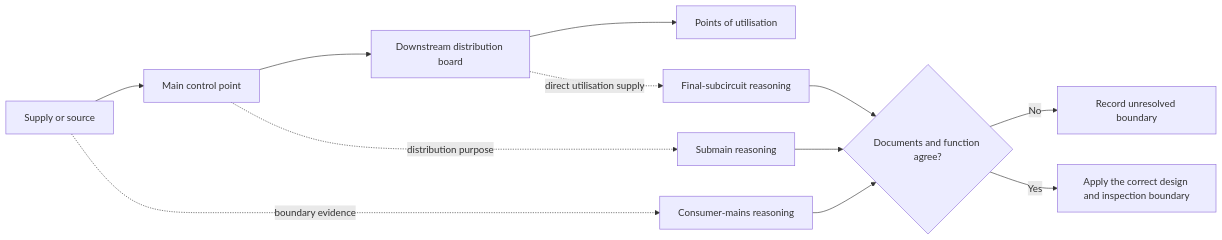
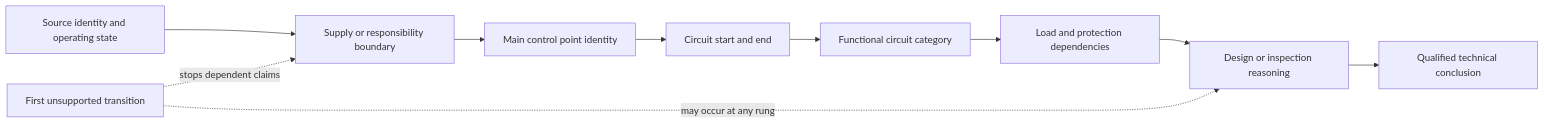
Before and after one commit to andrew3stedall/capstone: the second of 2 diagrams in docs/learning-plans/12-week/modules/day-45-consumer-mains-submains-and-final-subcircuits.md, drawn with Mermaid. The commit also changed other lines of this file and 3 other files, not shown here.

Commit message:
Improve Day 45 distribution-boundary module

````diff
--- a/docs/learning-plans/12-week/modules/day-45-consumer-mains-submains-and-final-subcircuits.md
+++ b/docs/learning-plans/12-week/modules/day-45-consumer-mains-submains-and-final-subcircuits.md
@@ -60,14 +121,12 @@
 ```mermaid
 flowchart LR
- A[Supply or source] --> B[Main control point]
- B --> C[Downstream distribution board]
- C --> D[Points of utilisation]
- A -. boundary evidence .-> E[Consumer-mains reasoning]
- B -. distribution purpose .-> F[Submain reasoning]
- C -. direct utilisation supply .-> G[Final-subcircuit reasoning]
- E --> H{Documents and function agree?}
- F --> H
- G --> H
- H -->|No| I[Record unresolved boundary]
- H -->|Yes| J[Apply the correct design and inspection boundary]
+    A[Source identity and operating state] --> B[Supply or responsibility boundary]
+    B --> C[Main control point identity]
+    C --> D[Circuit start and end]
+    D --> E[Functional circuit category]
+    E --> F[Load and protection dependencies]
+    F --> G[Design or inspection reasoning]
+    G --> H[Qualified technical conclusion]
+    X[First unsupported transition] -. stops dependent claims .-> B
+    X -. may occur at any rung .-> G
 ```
````
